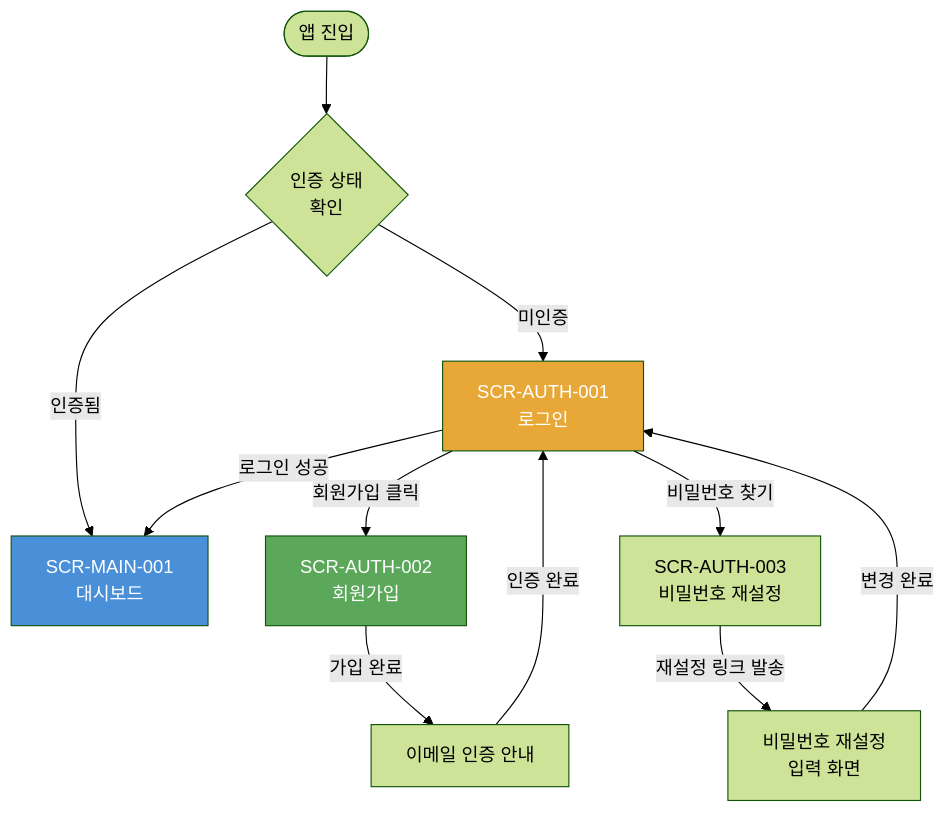
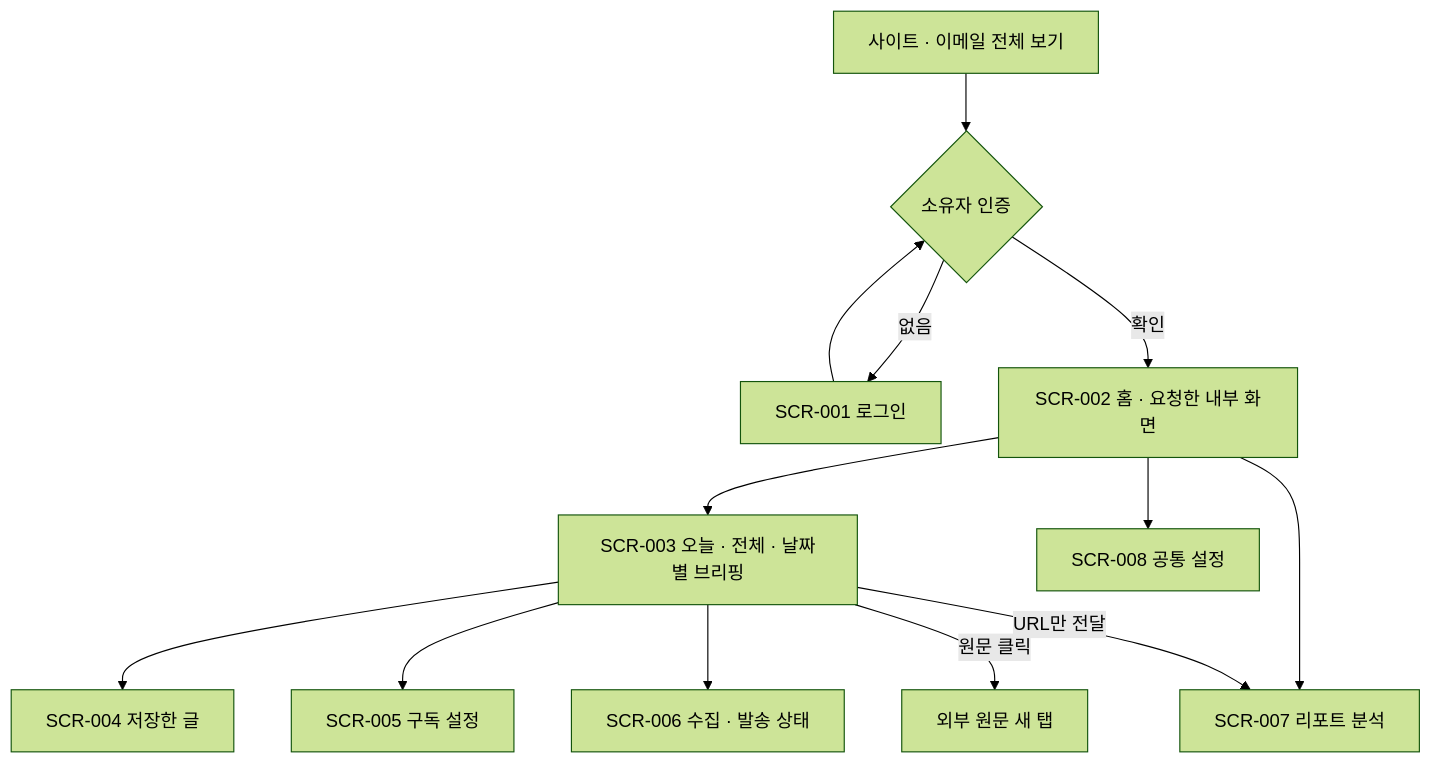
Before and after one commit to miji0/levelup-vibe: the first of 4 diagrams in waterfall/02-시스템설계/화면설계서.md, drawn with Mermaid (forest theme). The commit also changed other lines of this file and 22 other files, not shown here.

````diff
--- a/waterfall/02-시스템설계/화면설계서.md
+++ b/waterfall/02-시스템설계/화면설계서.md
@@ -87,20 +62,15 @@
 ```mermaid
 flowchart TD
-    START([앱 진입]) --> CHECK{인증 상태<br/>확인}
-    CHECK -->|미인증| LOGIN[SCR-AUTH-001<br/>로그인]
-    CHECK -->|인증됨| DASHBOARD[SCR-MAIN-001<br/>대시보드]
-
-    LOGIN -->|로그인 성공| DASHBOARD
-    LOGIN -->|회원가입 클릭| REGISTER[SCR-AUTH-002<br/>회원가입]
-    LOGIN -->|비밀번호 찾기| FORGOT[SCR-AUTH-003<br/>비밀번호 재설정]
-
-    REGISTER -->|가입 완료| EMAIL_VERIFY[이메일 인증 안내]
-    EMAIL_VERIFY -->|인증 완료| LOGIN
-
-    FORGOT -->|재설정 링크 발송| RESET[비밀번호 재설정<br/>입력 화면]
-    RESET -->|변경 완료| LOGIN
-
-    style LOGIN fill:#E8A838,color:#fff
-    style DASHBOARD fill:#4A90D9,color:#fff
-    style REGISTER fill:#5BA85B,color:#fff
+    Entry[사이트 · 이메일 전체 보기] --> Auth{소유자 인증}
+    Auth -->|없음| Login[SCR-001 로그인]
+    Login --> Auth
+    Auth -->|확인| Home[SCR-002 홈 · 요청한 내부 화면]
+    Home --> Tech[SCR-003 오늘 · 전체 · 날짜별 브리핑]
+    Home --> Settings[SCR-008 공통 설정]
+    Tech --> Saved[SCR-004 저장한 글]
+    Tech --> Subs[SCR-005 구독 설정]
+    Tech --> Status[SCR-006 수집 · 발송 상태]
+    Tech -->|원문 클릭| Original[외부 원문 새 탭]
+    Home --> Reports[SCR-007 리포트 분석]
+    Tech -->|URL만 전달| Reports
 ```
````
